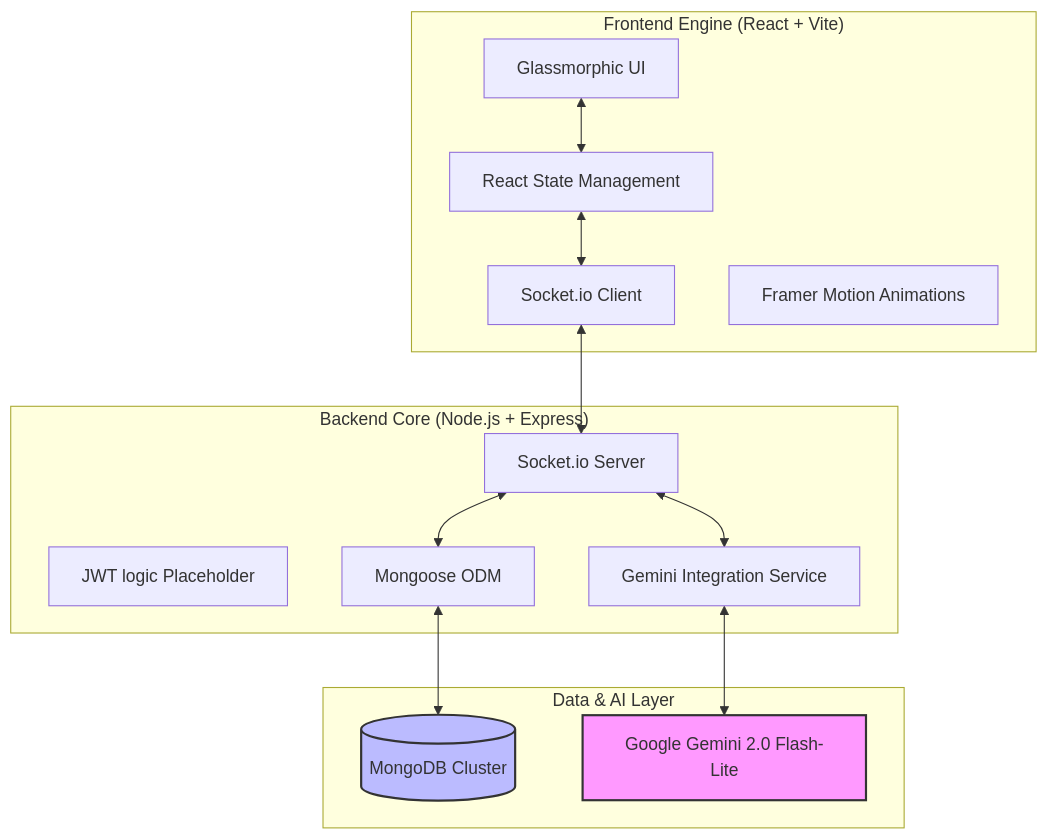
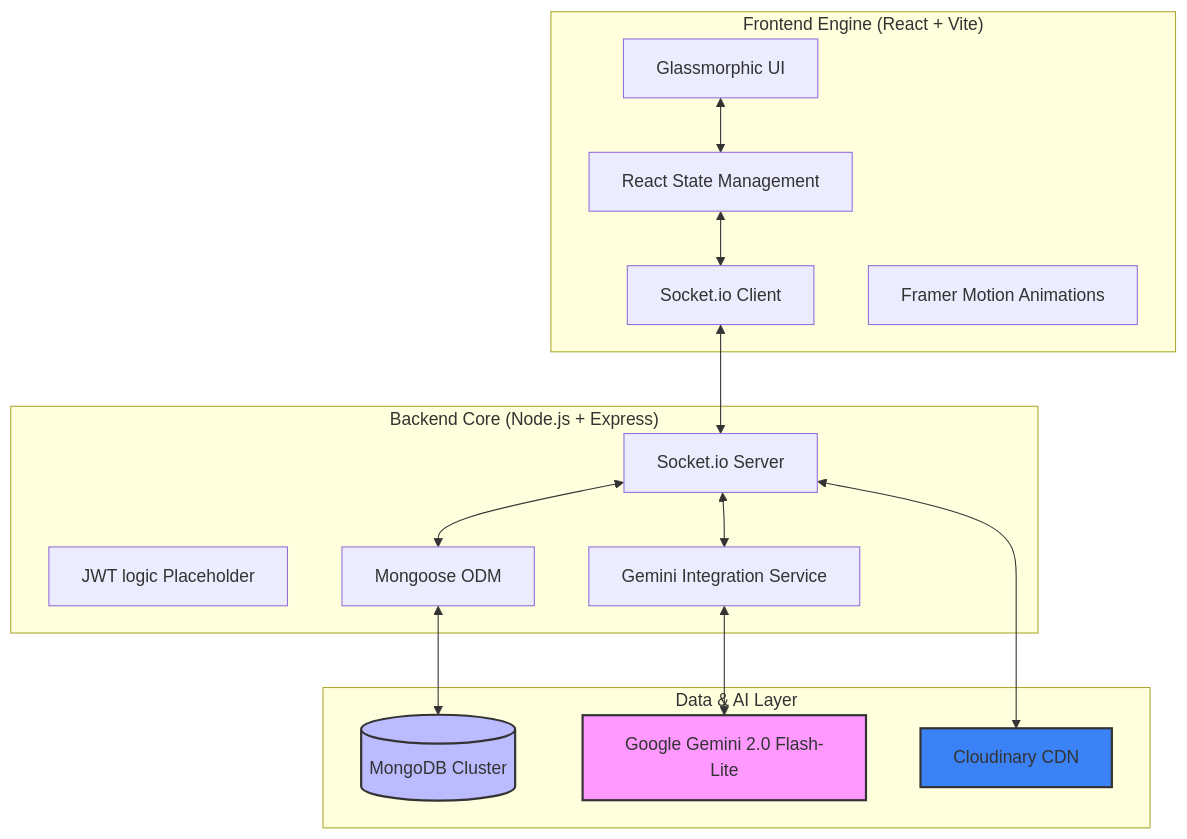
One commit to manvi18ux/ai-realtime-chat changed the diagram in README.md. Above: the diagram before and after it, drawn with Mermaid. The commit also changed other lines of this file, not shown here.

Commit message:
docs: finalize README with Cloudinary and production env vars

````diff
--- a/README.md
+++ b/README.md
@@ -13,33 +13,36 @@
 ```mermaid
 graph TD
     subgraph "Frontend Engine (React + Vite)"
         UI[Glassmorphic UI]
         State[React State Management]
         SocketC[Socket.io Client]
         Framer[Framer Motion Animations]
     end
 
     subgraph "Backend Core (Node.js + Express)"
         SocketS[Socket.io Server]
         Auth[JWT logic Placeholder]
         LLM_Service[Gemini Integration Service]
         Mongoose[Mongoose ODM]
     end
 
     subgraph "Data & AI Layer"
         DB[(MongoDB Cluster)]
         Gemini[Google Gemini 2.0 Flash-Lite]
+        Cloud[Cloudinary CDN]
     end
 
     %% Connections
     UI <--> State
     State <--> SocketC
     SocketC <--> SocketS
     SocketS <--> LLM_Service
     SocketS <--> Mongoose
     Mongoose <--> DB
     LLM_Service <--> Gemini
+    SocketS <--> Cloud
     
     style Gemini fill:#f9f,stroke:#333,stroke-width:2px
+    style Cloud fill:#3b82f6,stroke:#333,stroke-width:2px
     style DB fill:#bbf,stroke:#333,stroke-width:2px
 ```
````
